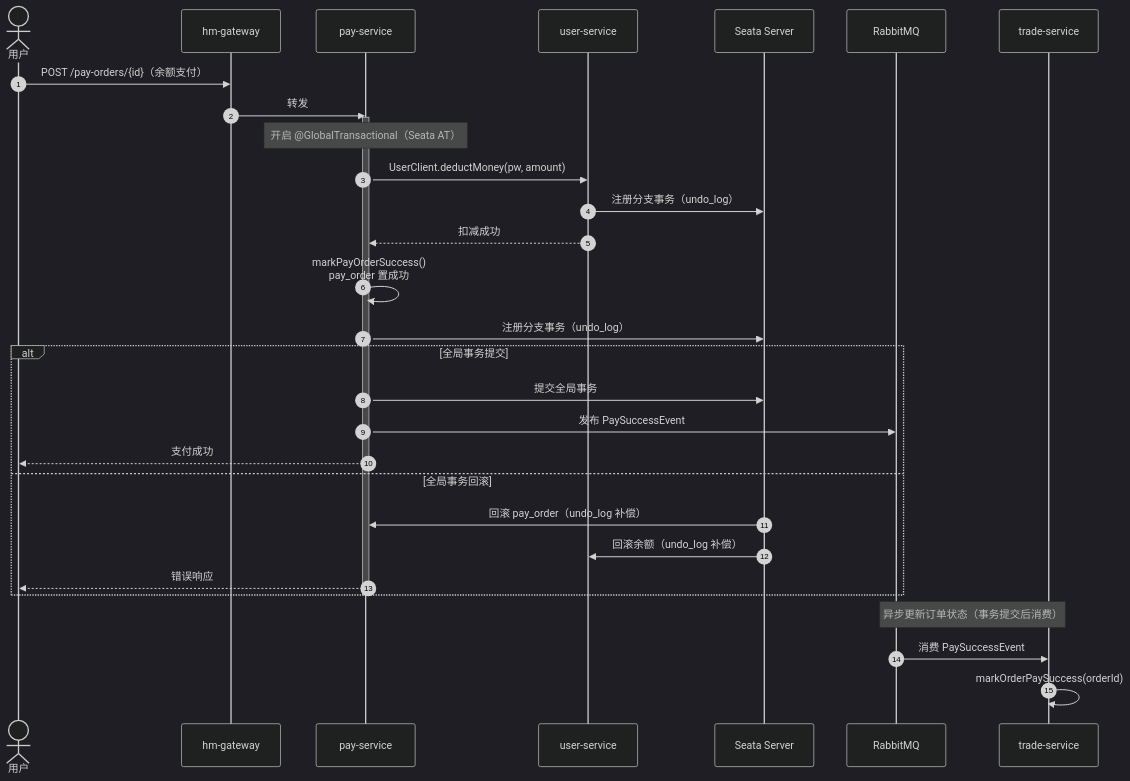
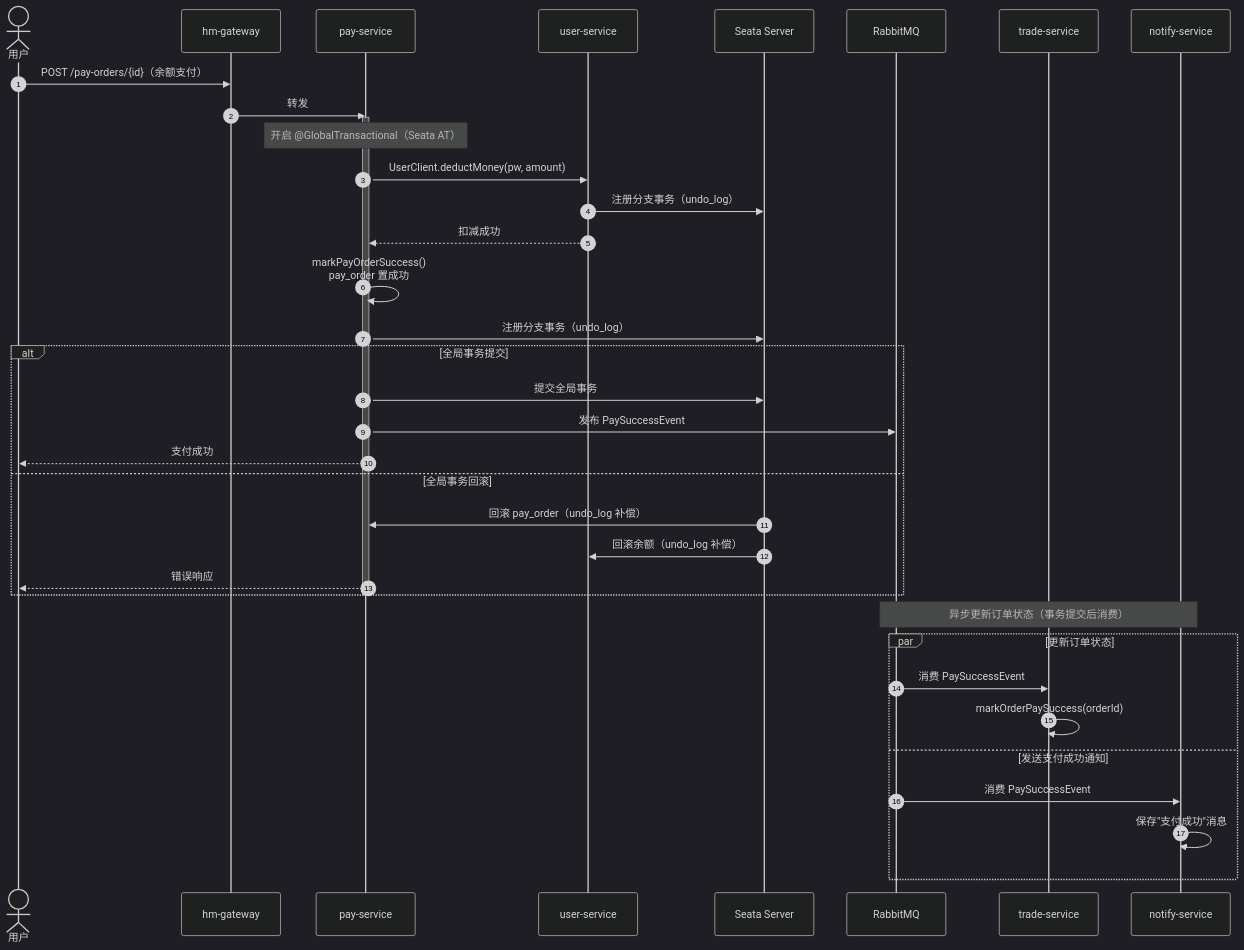
Before and after one commit to 3219378872/web-dev-experiment: the third of 3 diagrams in docs/structure/03-sequence-diagrams.md, drawn with Mermaid (dark theme). The commit also changed other lines of this file and 4 other files, not shown here.

First line of the commit message:
docs: update structure diagrams for Seata/RabbitMQ/MinIO integration

````diff
--- a/docs/structure/03-sequence-diagrams.md
+++ b/docs/structure/03-sequence-diagrams.md
@@ -99,35 +100,41 @@
 ```mermaid
 sequenceDiagram
     autonumber
     actor U as 用户
     participant GW as hm-gateway
     participant PS as pay-service
     participant US as user-service
     participant Seata as Seata Server
     participant RMQ as RabbitMQ
     participant TS as trade-service
+    participant NS as notify-service
 
     U->>GW: POST /pay-orders/{id}（余额支付）
     GW->>PS: 转发
     activate PS
     Note over PS: 开启 @GlobalTransactional（Seata AT）
     PS->>US: UserClient.deductMoney(pw, amount)
     US->>Seata: 注册分支事务（undo_log）
     US-->>PS: 扣减成功
     PS->>PS: markPayOrderSuccess()<br/>pay_order 置成功
     PS->>Seata: 注册分支事务（undo_log）
     alt 全局事务提交
         PS->>Seata: 提交全局事务
         PS->>RMQ: 发布 PaySuccessEvent
         PS-->>U: 支付成功
     else 全局事务回滚
         Seata->>PS: 回滚 pay_order（undo_log 补偿）
         Seata->>US: 回滚余额（undo_log 补偿）
         PS-->>U: 错误响应
     end
     deactivate PS
 
-    Note over RMQ,TS: 异步更新订单状态（事务提交后消费）
-    RMQ->>TS: 消费 PaySuccessEvent
-    TS->>TS: markOrderPaySuccess(orderId)
+    Note over RMQ,NS: 异步更新订单状态（事务提交后消费）
+    par 更新订单状态
+        RMQ->>TS: 消费 PaySuccessEvent
+        TS->>TS: markOrderPaySuccess(orderId)
+    and 发送支付成功通知
+        RMQ->>NS: 消费 PaySuccessEvent
+        NS->>NS: 保存"支付成功"消息
+    end
 ```
````
